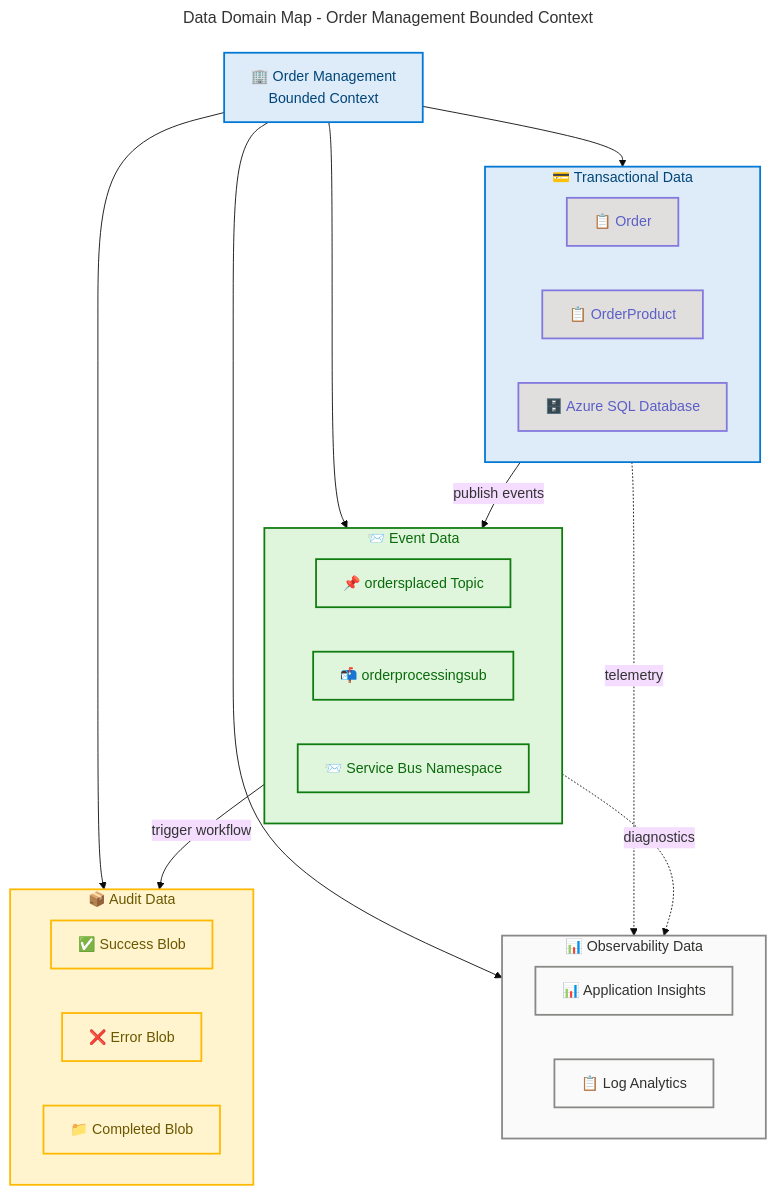
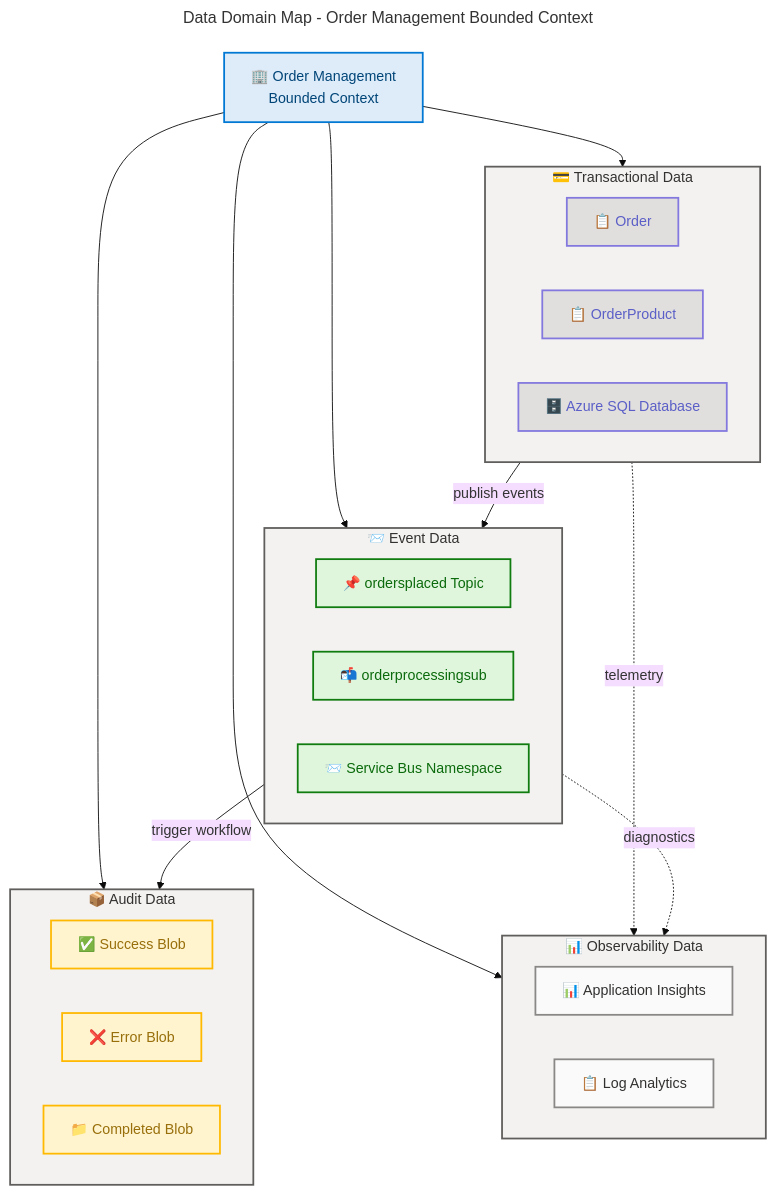
The first of 13 diagrams in docs/architecture/data-architecture.md (Evilazaro/Azure-LogicApps-Monitoring), drawn with Mermaid before and after one commit. The commit also changed other lines of this file and 1 other file, not shown here.

Commit message:
Refactor architecture diagrams for improved styling and consistency across components and data layers

````diff
--- a/docs/architecture/data-architecture.md
+++ b/docs/architecture/data-architecture.md
@@ -36,64 +36,64 @@
 ```mermaid
 ---
 title: Data Domain Map - Order Management Bounded Context
 config:
   theme: base
   look: classic
   layout: dagre
   themeVariables:
     fontSize: '16px'
   flowchart:
     htmlLabels: true
 ---
 flowchart TB
     accTitle: Data Domain Map
     accDescr: Shows the four data domains within the Order Management bounded context and their relationships
 
     %% ═══════════════════════════════════════════════════════════════════════════
     %% AZURE / FLUENT ARCHITECTURE PATTERN v1.1
     %% ═══════════════════════════════════════════════════════════════════════════
 
     BC["🏢 Order Management<br/>Bounded Context"]:::core
 
     subgraph TD ["💳 Transactional Data"]
         T1["📋 Order"]:::data
         T2["📋 OrderProduct"]:::data
         T3["🗄️ Azure SQL Database"]:::data
     end
-    style TD fill:#DEECF9,stroke:#0078D4,stroke-width:2px,color:#004578
+    style TD fill:#F3F2F1,stroke:#605E5C,stroke-width:2px,color:#323130
 
     subgraph ED ["📨 Event Data"]
         E1["📌 ordersplaced Topic"]:::messaging
         E2["📬 orderprocessingsub"]:::messaging
         E3["📨 Service Bus Namespace"]:::messaging
     end
-    style ED fill:#DFF6DD,stroke:#107C10,stroke-width:2px,color:#0B6A0B
+    style ED fill:#F3F2F1,stroke:#605E5C,stroke-width:2px,color:#323130
 
     subgraph AD ["📦 Audit Data"]
         A1["✅ Success Blob"]:::storage
         A2["❌ Error Blob"]:::storage
         A3["📁 Completed Blob"]:::storage
     end
-    style AD fill:#FFF4CE,stroke:#FFB900,stroke-width:2px,color:#6B5700
+    style AD fill:#F3F2F1,stroke:#605E5C,stroke-width:2px,color:#323130
 
     subgraph OD ["📊 Observability Data"]
         O1["📊 Application Insights"]:::monitoring
         O2["📋 Log Analytics"]:::monitoring
     end
-    style OD fill:#FAFAFA,stroke:#8A8886,stroke-width:2px,color:#323130
+    style OD fill:#F3F2F1,stroke:#605E5C,stroke-width:2px,color:#323130
 
     BC --> TD
     BC --> ED
     BC --> AD
     BC --> OD
     TD -->|"publish events"| ED
     ED -->|"trigger workflow"| AD
     TD -.->|"telemetry"| OD
     ED -.->|"diagnostics"| OD
 
     classDef core fill:#DEECF9,stroke:#0078D4,stroke-width:2px,color:#004578
     classDef data fill:#E1DFDD,stroke:#8378DE,stroke-width:2px,color:#5B5FC7
     classDef messaging fill:#DFF6DD,stroke:#107C10,stroke-width:2px,color:#0B6A0B
-    classDef storage fill:#FFF4CE,stroke:#FFB900,stroke-width:2px,color:#6B5700
+    classDef storage fill:#FFF4CE,stroke:#FFB900,stroke-width:2px,color:#986F0B
     classDef monitoring fill:#FAFAFA,stroke:#8A8886,stroke-width:2px,color:#323130
 ```
````
